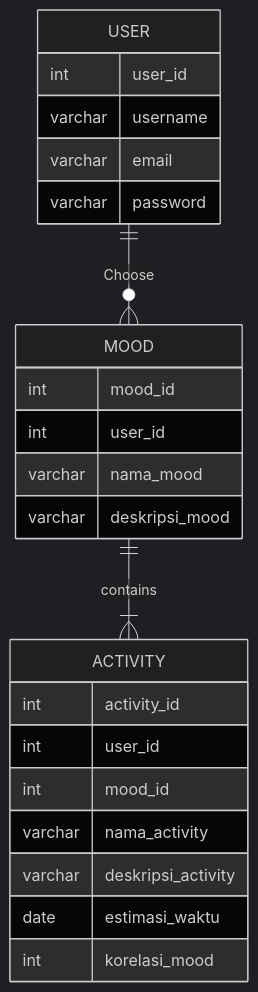
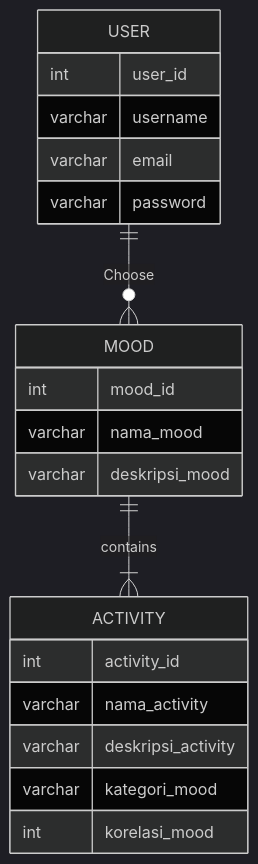
Before and after one commit to WigunaIlham/Pengenalan-Informatika: the first of 2 diagrams in TimeVibe's.md, drawn with Mermaid (dark theme). The commit also changed other lines of this file, not shown here.

````diff
--- a/TimeVibe's.md
+++ b/TimeVibe's.md
@@ -71,27 +70,24 @@
 ```mermaid
     erDiagram
         USER ||--o{ MOOD : Choose
         USER {
         int user_id
         varchar username
         varchar email
         varchar password
 
         }
         MOOD ||--|{ ACTIVITY : contains
         MOOD {
             int mood_id
-            int user_id
             varchar nama_mood
             varchar deskripsi_mood
         }
         ACTIVITY {
             int activity_id
-            int user_id
-            int mood_id
             varchar nama_activity
             varchar deskripsi_activity
-            date estimasi_waktu
+            varchar kategori_mood
             int korelasi_mood
         }
 ```
````
